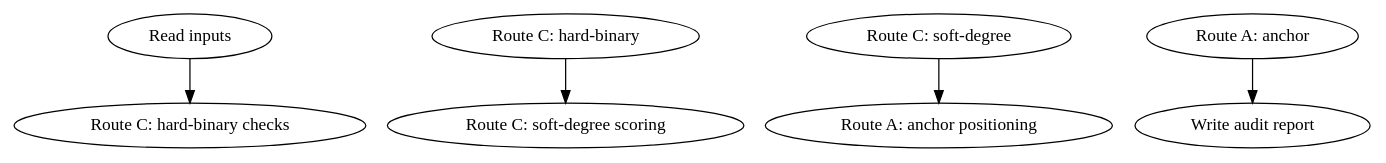
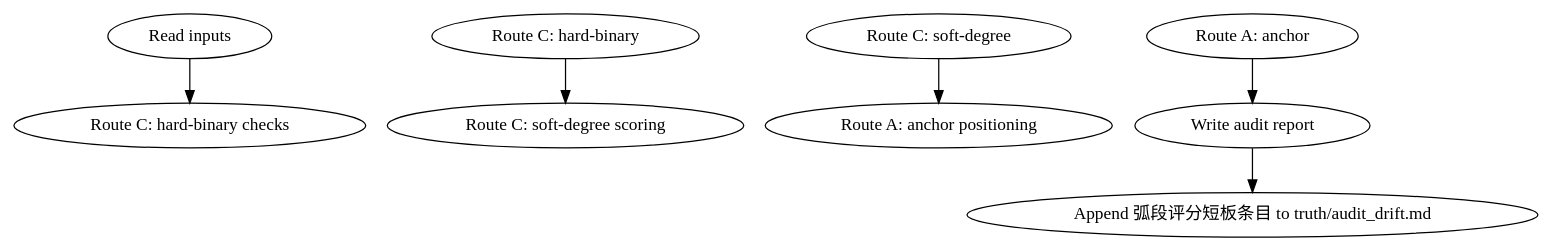
One commit to ThomasChangX/shenbi changed the diagram in skills/shenbi-score-arc/SKILL.md. Above: the diagram before and after it, drawn with Graphviz. The commit also changed other lines of this file and 72 other files, not shown here.

````diff
--- a/skills/shenbi-score-arc/SKILL.md
+++ b/skills/shenbi-score-arc/SKILL.md
@@ -76,8 +76,9 @@
 ```dot
 digraph shenbi_score_arc {
     "Read inputs" -> "Route C: hard-binary checks";
     "Route C: hard-binary" -> "Route C: soft-degree scoring";
     "Route C: soft-degree" -> "Route A: anchor positioning";
     "Route A: anchor" -> "Write audit report";
+    "Write audit report" -> "Append 弧段评分短板条目 to truth/audit_drift.md";
 }
 ```
````
